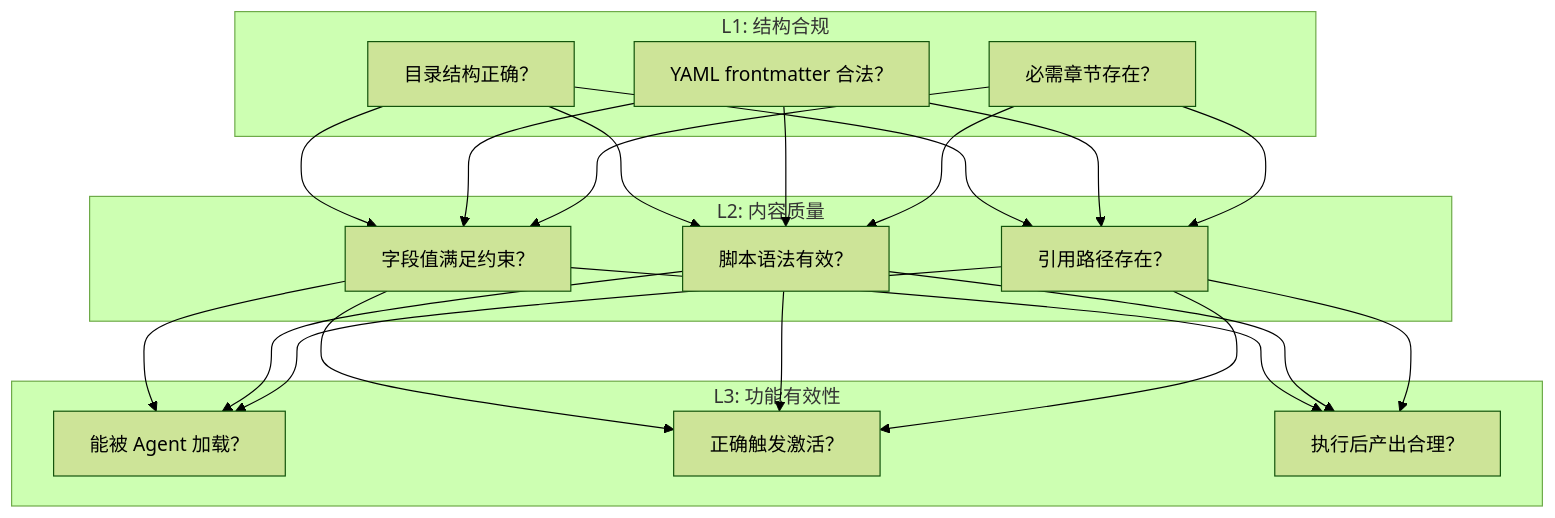
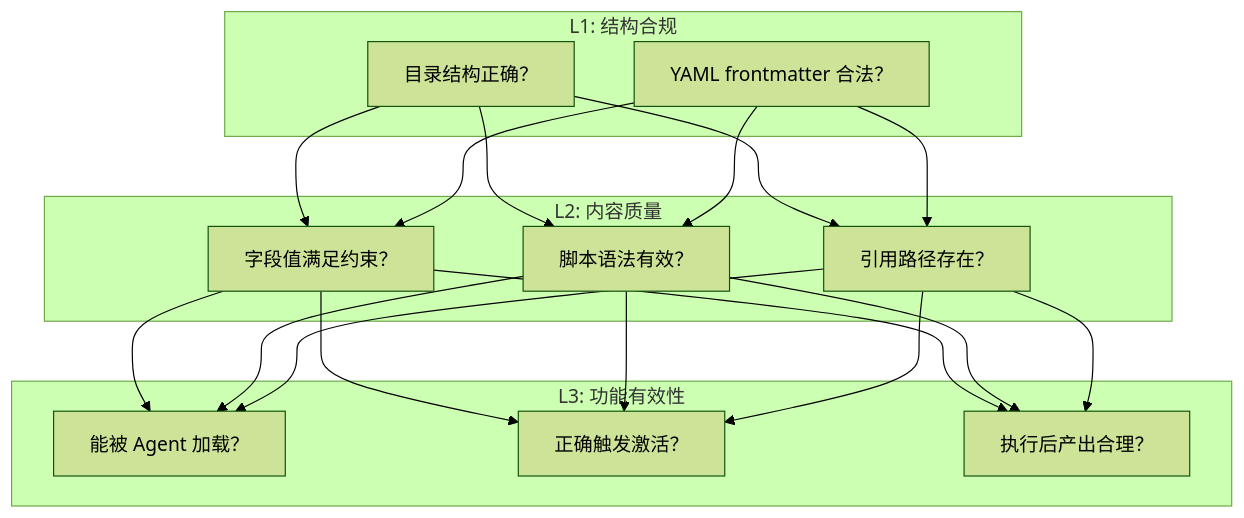
One commit to openeuler-mirror/witty-skill-insight changed the diagram in tests/skill-generator/README.md. Above: the diagram before and after it, drawn with Mermaid (forest theme). The commit also changed other lines of this file and 2 other files, not shown here.

Commit message:
remove the test for overview and core instructions

````diff
--- a/tests/skill-generator/README.md
+++ b/tests/skill-generator/README.md
@@ -91,22 +91,21 @@
 ```mermaid
 graph TB
     subgraph "L1: 结构合规"
         A["目录结构正确？"]
         B["YAML frontmatter 合法？"]
-        C["必需章节存在？"]
     end
     
     subgraph "L2: 内容质量"
         D["字段值满足约束？"]
         E["脚本语法有效？"]
         F["引用路径存在？"]
     end
     
     subgraph "L3: 功能有效性"
         G["能被 Agent 加载？"]
         H["正确触发激活？"]
         I["执行后产出合理？"]
     end
     
-    A & B & C --> D & E & F --> G & H & I
+    A & B --> D & E & F --> G & H & I
 ```
````
